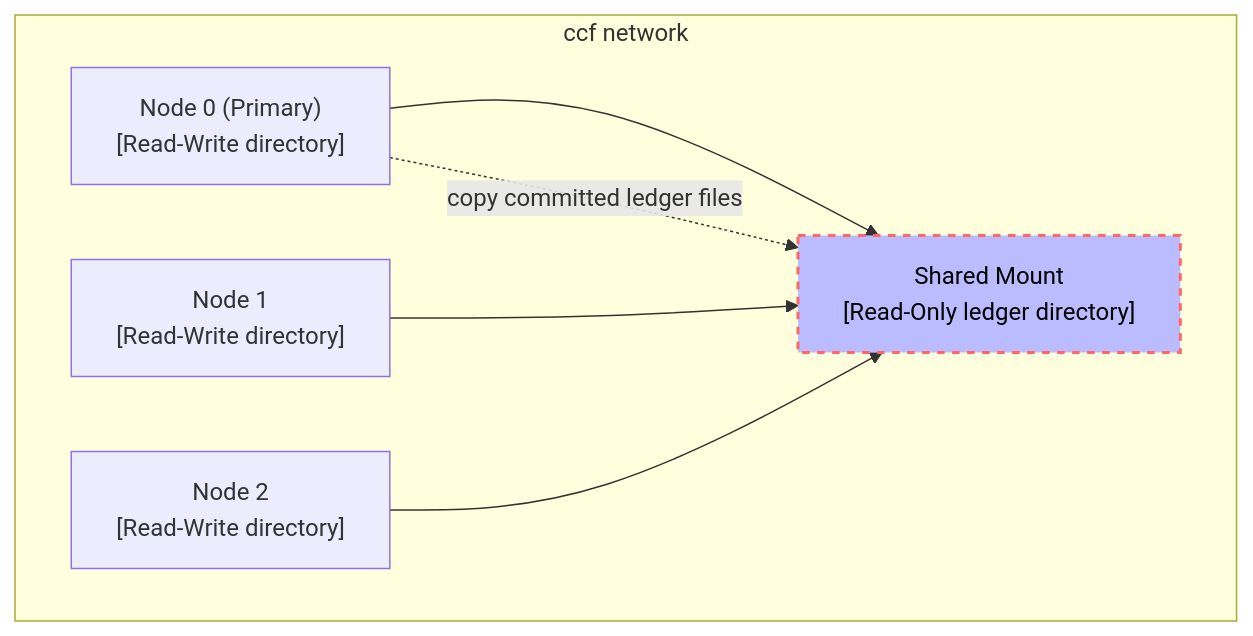
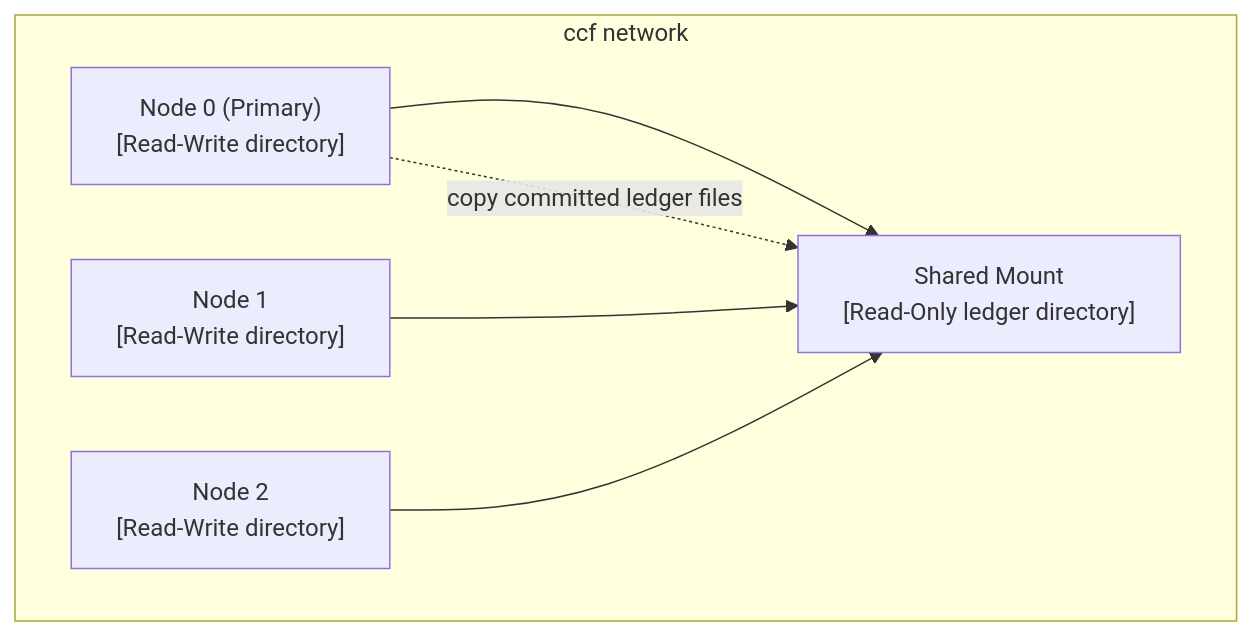
One commit to microsoft/CCF changed the diagram in doc/operations/data_persistence.rst. Above: the diagram before and after it, drawn with Mermaid. The commit also changed 3 other files, not shown here.

First line of the commit message:
Use Pele defaults for diagram rendering

```diff
--- a/doc/operations/data_persistence.rst
+++ b/doc/operations/data_persistence.rst
@@ -29,14 +29,13 @@
 .. mermaid::
 
     graph TD;
     subgraph ccf network;
     A["Node 0 (Primary)<br> [Read-Write directory]"];
     B["Node 1<br> [Read-Write directory]"];
     C["Node 2<br> [Read-Write directory]"];
     D["Shared Mount<br>[Read-Only ledger directory]"]
-    style D fill:#bbf,stroke:#f66,stroke-width:2px,color:#000,stroke-dasharray: 5 5
     A-->D
     A-. copy committed ledger files .-> D
     B-->D
     C-->D
     end;
```
